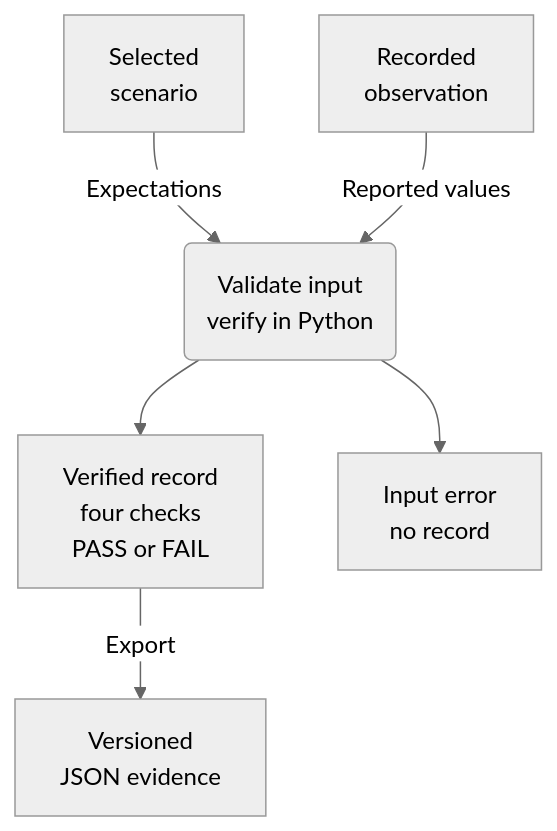
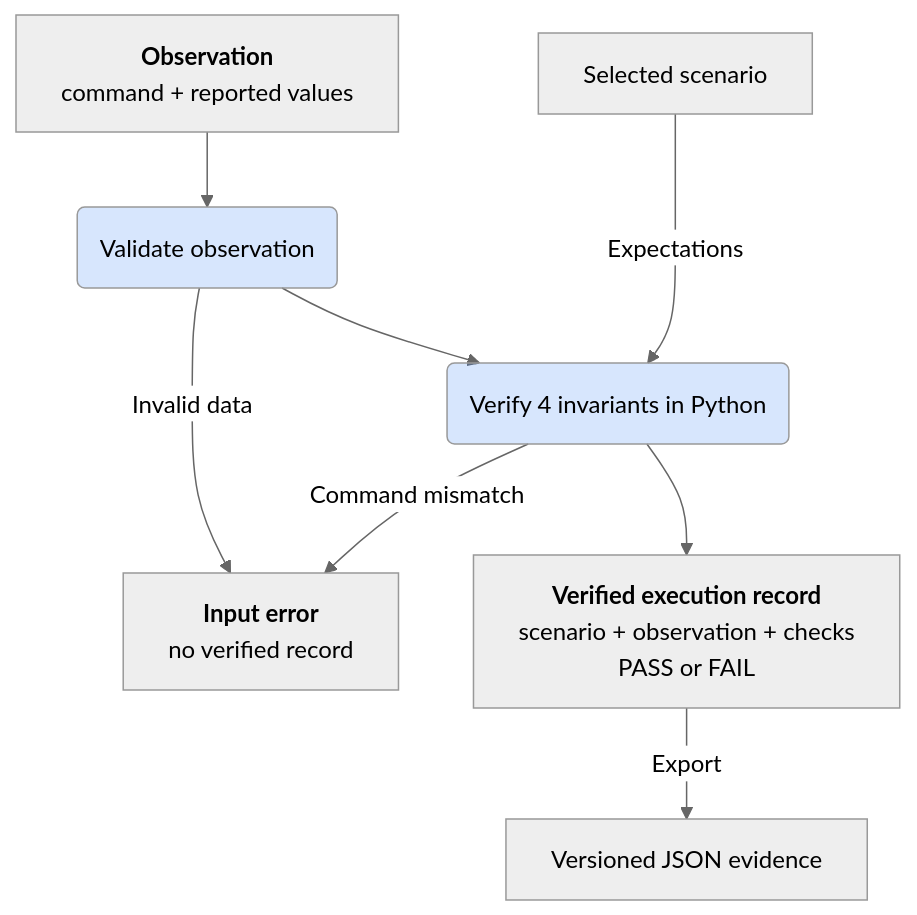
The diagram in README.md (NikolayAir/OrbiRig), drawn with Mermaid (neutral theme) before and after one commit. The commit also changed 1 other file, not shown here.

Commit message:
docs: clarify verification diagrams and observation collection
The README overview now separates observation validation from the four
invariant checks and identifies the contents of a verified record. Both
diagrams use consistent labels, highlighted actions and bold data headings,
with explicit line wrapping for GitHub Mermaid.

The architecture guide also explains how the reference workflow builds
observations and how subprocess collection validates returned JSON before
verification.

````diff
--- a/README.md
+++ b/README.md
@@ -45,10 +45,22 @@
 ```mermaid
+---
+config:
+  layout: dagre
+  look: classic
+  flowchart:
+    diagramPadding: 16
+    wrappingWidth: 280
+---
 flowchart TD
     accTitle: Verification overview
-    accDescr: An explicitly selected scenario and a recorded observation are separate inputs to Python validation and verification. Valid, compatible input produces a record with four checks and a PASS or FAIL outcome, ready for JSON export. Invalid or incompatible input produces an error without a verified record.
-    scenario["Selected<br/>scenario"] -->|Expectations| verifier("Validate input<br/>verify in Python")
-    observation["Recorded<br/>observation"] -->|Reported values| verifier
-    verifier --> record["Verified record<br/>four checks<br/>PASS or FAIL"]
-    verifier --> error["Input error<br/>no record"]
-    record -->|Export| evidence["Versioned<br/>JSON evidence"]
+    accDescr: Recorded observations are validated before Python compares their reported values with expectations from an independently selected scenario. Valid, compatible input produces a verified record with four checks and a PASS or FAIL outcome, ready for JSON export. Invalid input or a command that does not match the selected scenario produces an input error without a record.
+    observation["<b>Observation</b><br/>command + reported values"] --> validate("Validate observation")
+    validate --> verifier
+    scenario["Selected scenario"] --->|Expectations| verifier("Verify 4 invariants in Python")
+    validate -->|Invalid data| error["<b>Input error</b><br/>no verified record"]
+    verifier -->|Command mismatch| error
+    verifier --> record["<b>Verified execution record</b><br/>scenario + observation + checks<br/>PASS or FAIL"]
+    record -->|Export| evidence["Versioned JSON evidence"]
+    classDef action fill:#3b82f633
+    class validate,verifier action
 ```
````
